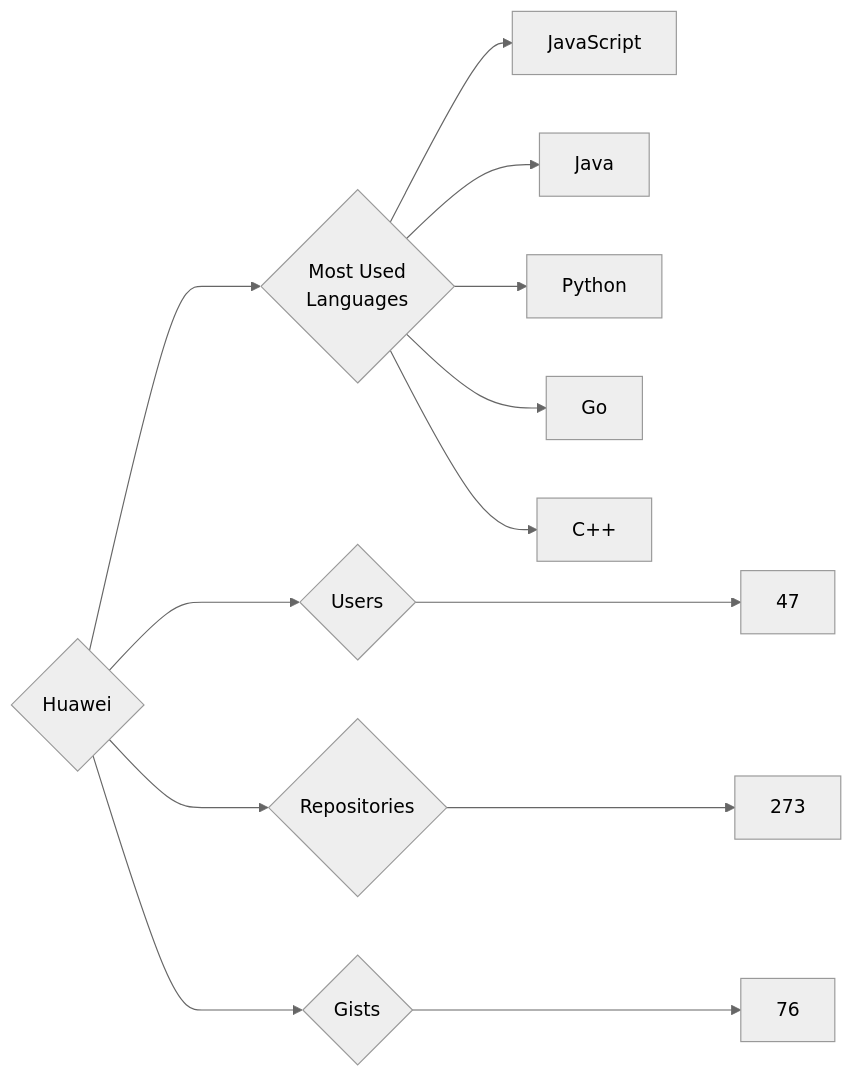
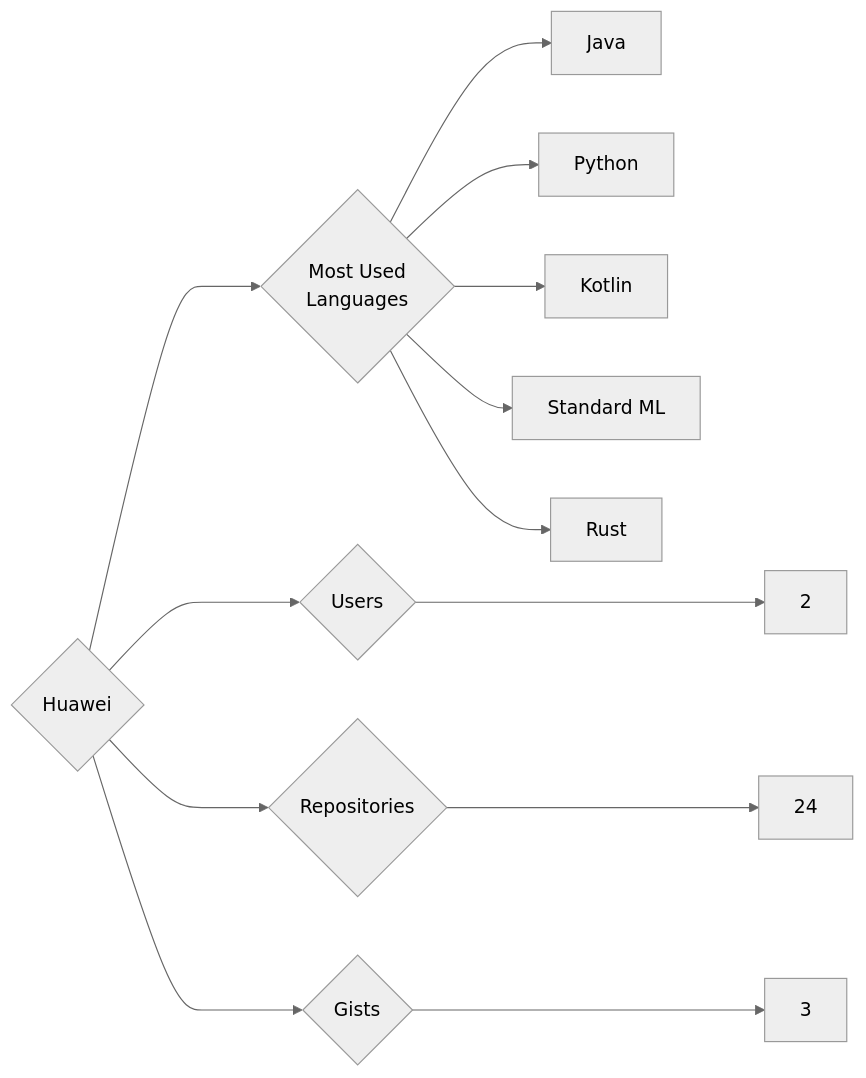
The diagram in targets/Huawei/README.md (trickest/insiders), drawn with Mermaid (neutral theme) before and after one commit. The commit also changed 927 other files, not shown here.

````diff
--- a/targets/Huawei/README.md
+++ b/targets/Huawei/README.md
@@ -3,13 +3,13 @@
 ```mermaid
 graph LR
 COMPANY_NAME{Huawei}
-COMPANY_NAME ---> U{Users} ---> UN[47]
-COMPANY_NAME ---> R{Repositories} ---> RN[273]
-COMPANY_NAME ---> G{Gists} ---> GN[76]
+COMPANY_NAME ---> U{Users} ---> UN[2]
+COMPANY_NAME ---> R{Repositories} ---> RN[24]
+COMPANY_NAME ---> G{Gists} ---> GN[3]
 COMPANY_NAME ---> ML{Most Used<br>Languages}
-ML --> JavaScript[JavaScript]
 ML --> Java[Java]
 ML --> Python[Python]
-ML --> Go[Go]
-ML --> C++[C++]
+ML --> Kotlin[Kotlin]
+ML --> Standard_ML[Standard ML]
+ML --> Rust[Rust]
 ```
````
